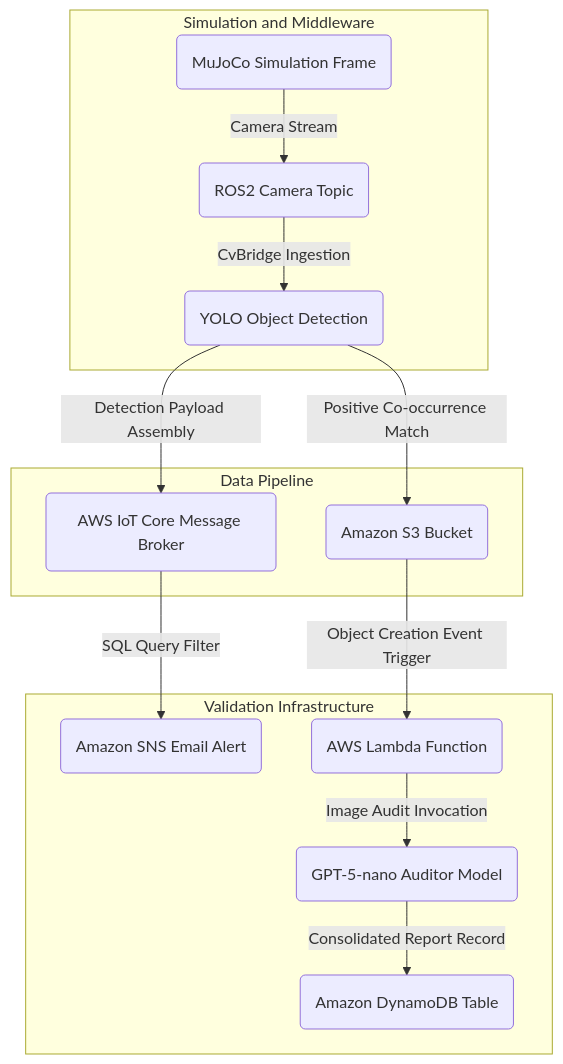
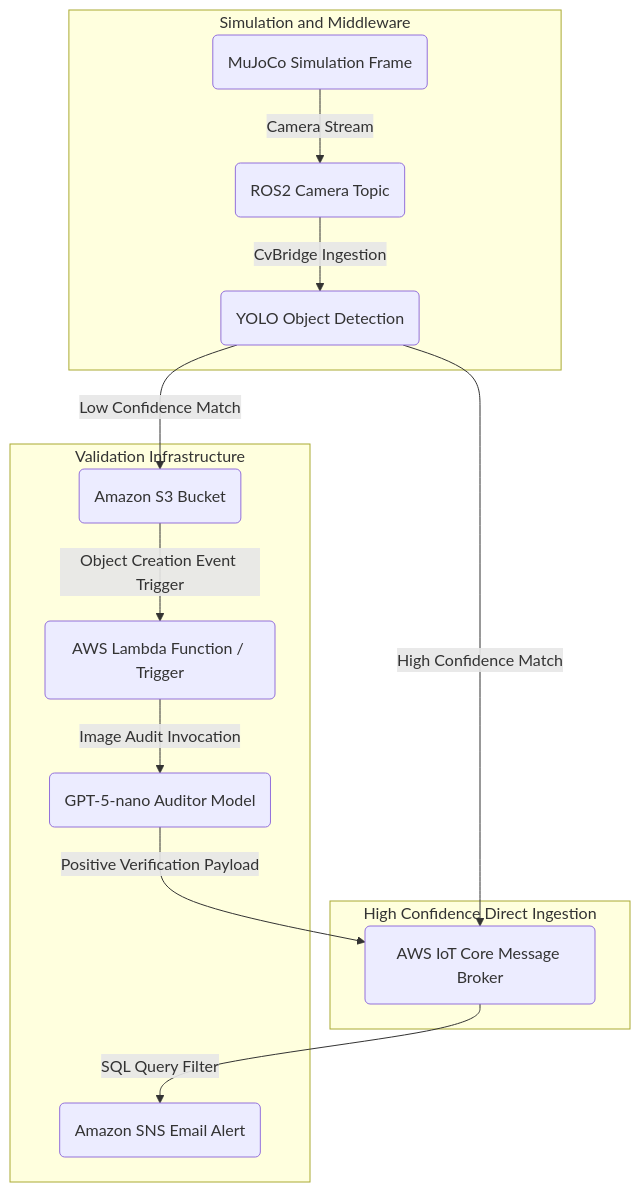
One commit to manuelftech/physical-ai-control changed the diagram in README.md. Above: the diagram before and after it, drawn with Mermaid. The commit also changed other lines of this file and 19 other files, not shown here.

````diff
--- a/README.md
+++ b/README.md
@@ -30,19 +32,19 @@
 ```mermaid
 graph TD
     subgraph Simulation and Middleware
         MUJOCO("MuJoCo Simulation Frame") --> |Camera Stream| ROS2("ROS2 Camera Topic")
         ROS2 --> |CvBridge Ingestion| YOLO("YOLO Object Detection")
     end
 
-    subgraph Data Pipeline
-        YOLO --> |Positive Co-occurrence Match| S3("Amazon S3 Bucket")
-        YOLO --> |Detection Payload Assembly| IOT("AWS IoT Core Message Broker")
+    subgraph High Confidence Direct Ingestion
+        YOLO --> |High Confidence Match| IOT("AWS IoT Core Message Broker")
     end
 
     subgraph Validation Infrastructure
+        YOLO --> |Low Confidence Match| S3("Amazon S3 Bucket")
+        S3 --> |Object Creation Event Trigger| LAMBDA("AWS Lambda Function / Trigger")
+        LAMBDA --> |Image Audit Invocation| CHATGPT("GPT-5-nano Auditor Model")
+        CHATGPT --> |Positive Verification Payload| IOT
         IOT --> |SQL Query Filter| SNS("Amazon SNS Email Alert")
-        S3 --> |Object Creation Event Trigger| LAMBDA("AWS Lambda Function")
-        LAMBDA --> |Image Audit Invocation| CHATGPT("GPT-5-nano Auditor Model")
-        CHATGPT --> |Consolidated Report Record| DYNAMODB("Amazon DynamoDB Table")
     end
 ```
````
